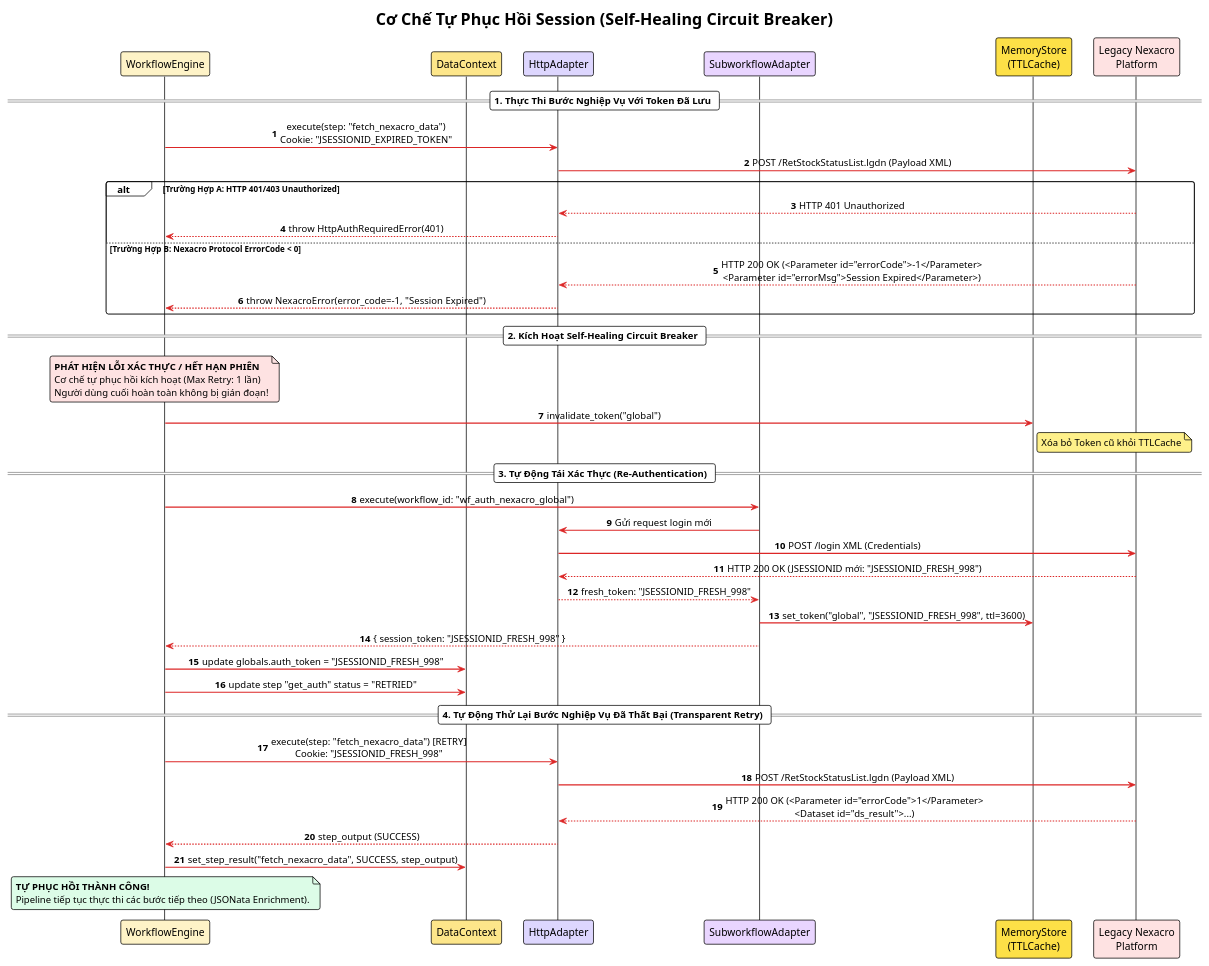
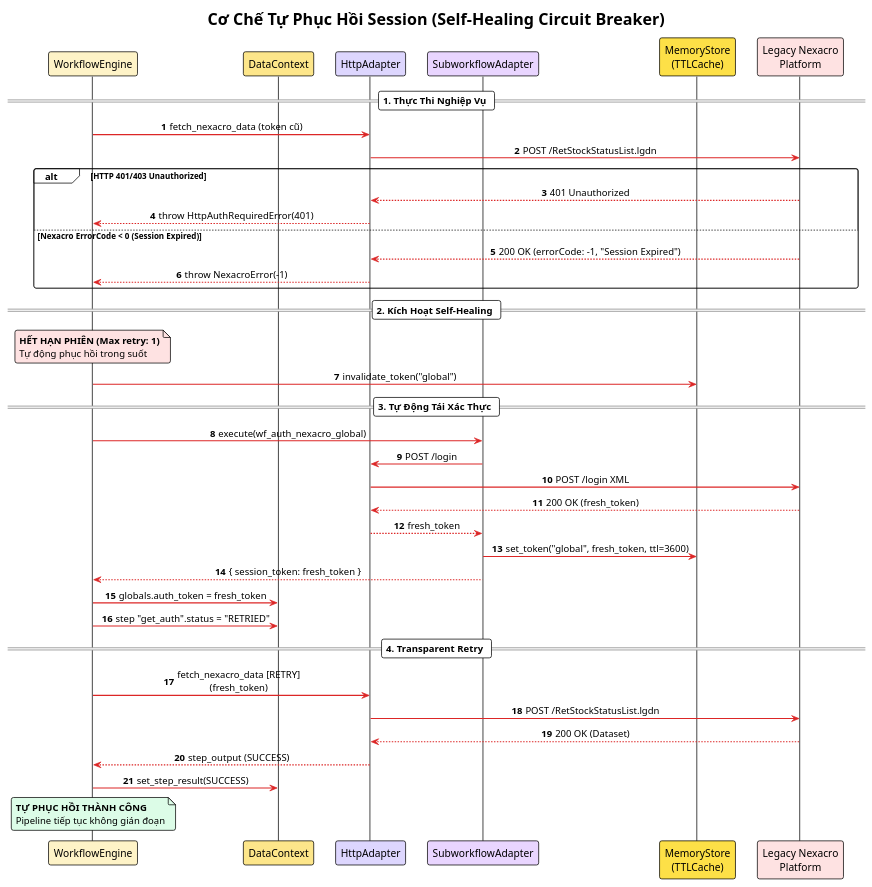
One commit to longphamduc-vn/omni-ems changed the fourth of 7 diagrams in workflow-engine/docs/ARCHITECTURE_DIAGRAMS.md. Above: the diagram before and after it, drawn with PlantUML. The commit also changed other lines of this file and 11 other files, not shown here.

Commit message:
feat: add 1-click execution scripts for Windows and WSL, update architecture documentation and README

````diff
--- a/workflow-engine/docs/ARCHITECTURE_DIAGRAMS.md
+++ b/workflow-engine/docs/ARCHITECTURE_DIAGRAMS.md
@@ -375,68 +346,66 @@
 ```plantuml
 @startuml Self_Healing_Circuit_Breaker
 !theme plain
 autonumber
 skinparam backgroundColor #FFFFFF
 skinparam roundcorner 6
 skinparam shadowing false
 skinparam sequenceMessageAlign center
 skinparam ArrowColor #DC2626
 skinparam ArrowThickness 1.5
 
 title Cơ Chế Tự Phục Hồi Session (Self-Healing Circuit Breaker)
 
 participant "WorkflowEngine" as Engine #FEF3C7
 participant "DataContext" as Ctx #FDE68A
 participant "HttpAdapter" as Http #DDD6FE
 participant "SubworkflowAdapter" as Auth #E9D5FF
 participant "MemoryStore\n(TTLCache)" as Cache #FDE047
 participant "Legacy Nexacro\nPlatform" as Legacy #FEE2E2
 
-== 1. Thực Thi Bước Nghiệp Vụ Với Token Đã Lưu ==
-Engine -> Http : execute(step: "fetch_nexacro_data")\nCookie: "JSESSIONID_EXPIRED_TOKEN"
-Http -> Legacy : POST /RetStockStatusList.lgdn (Payload XML)
+== 1. Thực Thi Nghiệp Vụ ==
+Engine -> Http : fetch_nexacro_data (token cũ)
+Http -> Legacy : POST /RetStockStatusList.lgdn
 
-alt Trường Hợp A: HTTP 401/403 Unauthorized
-    Legacy --> Http : HTTP 401 Unauthorized
+alt HTTP 401/403 Unauthorized
+    Legacy --> Http : 401 Unauthorized
     Http --> Engine : throw HttpAuthRequiredError(401)
-else Trường Hợp B: Nexacro Protocol ErrorCode < 0
-    Legacy --> Http : HTTP 200 OK (<Parameter id="errorCode">-1</Parameter>\n<Parameter id="errorMsg">Session Expired</Parameter>)
-    Http --> Engine : throw NexacroError(error_code=-1, "Session Expired")
+else Nexacro ErrorCode < 0 (Session Expired)
+    Legacy --> Http : 200 OK (errorCode: -1, "Session Expired")
+    Http --> Engine : throw NexacroError(-1)
 end
 
-== 2. Kích Hoạt Self-Healing Circuit Breaker ==
+== 2. Kích Hoạt Self-Healing ==
 note over Engine #FEE2E2
-  <b>PHÁT HIỆN LỖI XÁC THỰC / HẾT HẠN PHIÊN</b>
-  Cơ chế tự phục hồi kích hoạt (Max Retry: 1 lần)
-  Người dùng cuối hoàn toàn không bị gián đoạn!
+  <b>HẾT HẠN PHIÊN (Max retry: 1)</b>
+  Tự động phục hồi trong suốt
 end note
 
 Engine -> Cache : invalidate_token("global")
-note right of Cache #FEF08A : Xóa bỏ Token cũ khỏi TTLCache
 
-== 3. Tự Động Tái Xác Thực (Re-Authentication) ==
-Engine -> Auth : execute(workflow_id: "wf_auth_nexacro_global")
-Auth -> Http : Gửi request login mới
-Http -> Legacy : POST /login XML (Credentials)
-Legacy --> Http : HTTP 200 OK (JSESSIONID mới: "JSESSIONID_FRESH_998")
-Http --> Auth : fresh_token: "JSESSIONID_FRESH_998"
-Auth -> Cache : set_token("global", "JSESSIONID_FRESH_998", ttl=3600)
-Auth --> Engine : { session_token: "JSESSIONID_FRESH_998" }
+== 3. Tự Động Tái Xác Thực ==
+Engine -> Auth : execute(wf_auth_nexacro_global)
+Auth -> Http : POST /login
+Http -> Legacy : POST /login XML
+Legacy --> Http : 200 OK (fresh_token)
+Http --> Auth : fresh_token
+Auth -> Cache : set_token("global", fresh_token, ttl=3600)
+Auth --> Engine : { session_token: fresh_token }
 
-Engine -> Ctx : update globals.auth_token = "JSESSIONID_FRESH_998"
-Engine -> Ctx : update step "get_auth" status = "RETRIED"
+Engine -> Ctx : globals.auth_token = fresh_token
+Engine -> Ctx : step "get_auth".status = "RETRIED"
 
-== 4. Tự Động Thử Lại Bước Nghiệp Vụ Đã Thất Bại (Transparent Retry) ==
-Engine -> Http : execute(step: "fetch_nexacro_data") [RETRY]\nCookie: "JSESSIONID_FRESH_998"
-Http -> Legacy : POST /RetStockStatusList.lgdn (Payload XML)
-Legacy --> Http : HTTP 200 OK (<Parameter id="errorCode">1</Parameter>\n<Dataset id="ds_result">...)
+== 4. Transparent Retry ==
+Engine -> Http : fetch_nexacro_data [RETRY]\n(fresh_token)
+Http -> Legacy : POST /RetStockStatusList.lgdn
+Legacy --> Http : 200 OK (Dataset)
 Http --> Engine : step_output (SUCCESS)
-Engine -> Ctx : set_step_result("fetch_nexacro_data", SUCCESS, step_output)
+Engine -> Ctx : set_step_result(SUCCESS)
 
 note over Engine #DCFCE7
-  <b>TỰ PHỤC HỒI THÀNH CÔNG!</b>
-  Pipeline tiếp tục thực thi các bước tiếp theo (JSONata Enrichment).
+  <b>TỰ PHỤC HỒI THÀNH CÔNG</b>
+  Pipeline tiếp tục không gián đoạn
 end note
 
 @enduml
 ```
````
